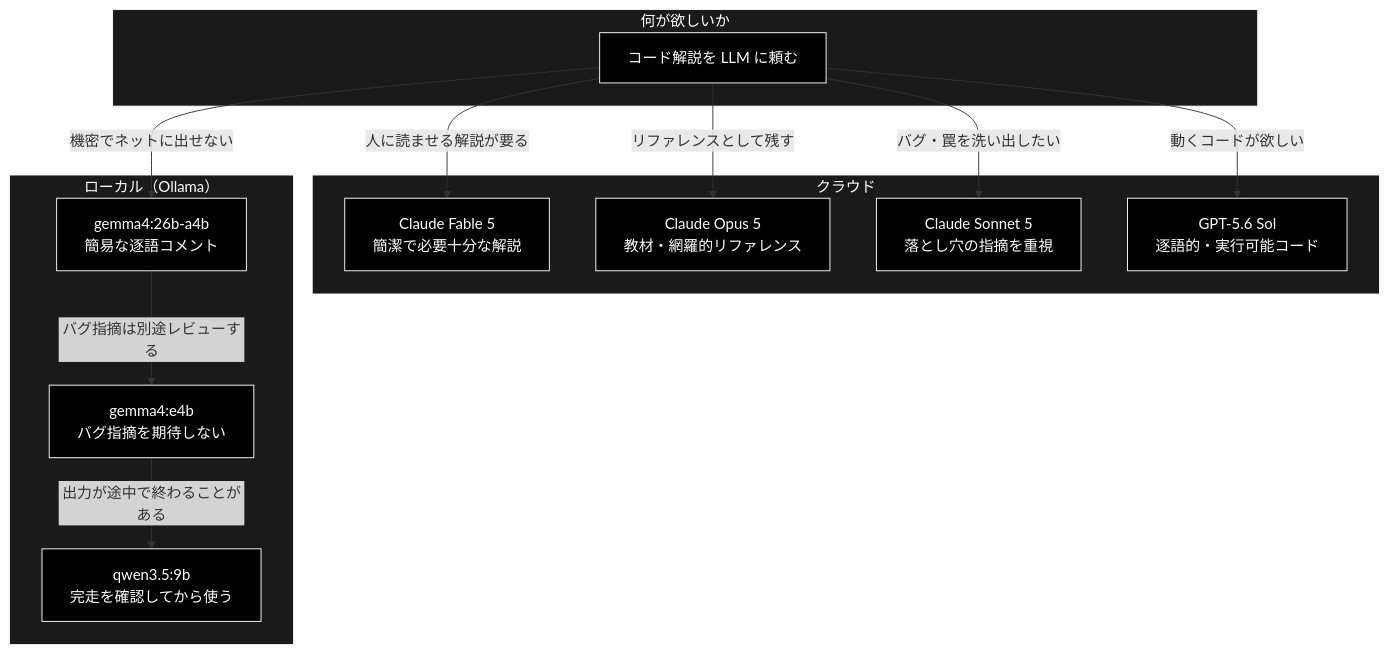
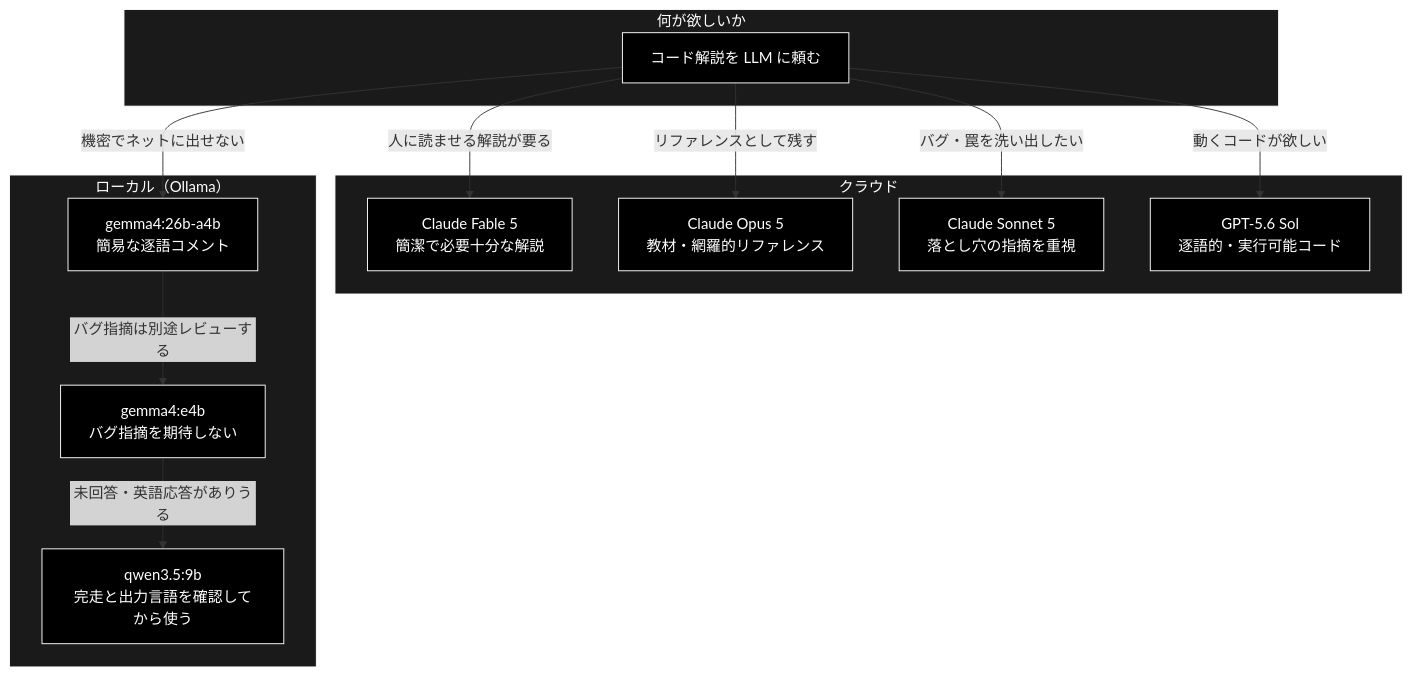
The diagram in docs/LLM/llm_compare.md (nakashima2toshio/grace_v2), drawn with Mermaid before and after one commit. The commit also changed other lines of this file, not shown here.

First line of the commit message:
docs: qwen3.5:9b を比較表の最後尾へ移し No. を「不能」にする

````diff
--- a/docs/LLM/llm_compare.md
+++ b/docs/LLM/llm_compare.md
@@ -400,31 +433,31 @@
 ```mermaid
 flowchart TB
     subgraph Q["何が欲しいか"]
         Start["コード解説を LLM に頼む"]
     end
     subgraph Cloud["クラウド"]
         F5["Claude Fable 5<br>簡潔で必要十分な解説"]
         O5["Claude Opus 5<br>教材・網羅的リファレンス"]
         S5["Claude Sonnet 5<br>落とし穴の指摘を重視"]
         G5["GPT-5.6 Sol<br>逐語的・実行可能コード"]
     end
     subgraph Local["ローカル（Ollama）"]
         L26["gemma4:26b-a4b<br>簡易な逐語コメント"]
         NG["gemma4:e4b<br>バグ指摘を期待しない"]
-        QW["qwen3.5:9b<br>完走を確認してから使う"]
+        QW["qwen3.5:9b<br>完走と出力言語を確認してから使う"]
     end
 
     Start -->|"人に読ませる解説が要る"| F5
     Start -->|"リファレンスとして残す"| O5
     Start -->|"バグ・罠を洗い出したい"| S5
     Start -->|"動くコードが欲しい"| G5
     Start -->|"機密でネットに出せない"| L26
     L26 -->|"バグ指摘は別途レビューする"| NG
-    NG -->|"出力が途中で終わることがある"| QW
+    NG -->|"未回答・英語応答がありうる"| QW
 classDef default fill:#000,stroke:#fff,color:#fff
 classDef subgraphStyle fill:#1a1a1a,stroke:#fff,color:#fff
 class Start,F5,O5,S5,G5,L26,NG,QW default
 style Q fill:#1a1a1a,stroke:#fff,color:#fff
 style Cloud fill:#1a1a1a,stroke:#fff,color:#fff
 style Local fill:#1a1a1a,stroke:#fff,color:#fff
 ```
````
